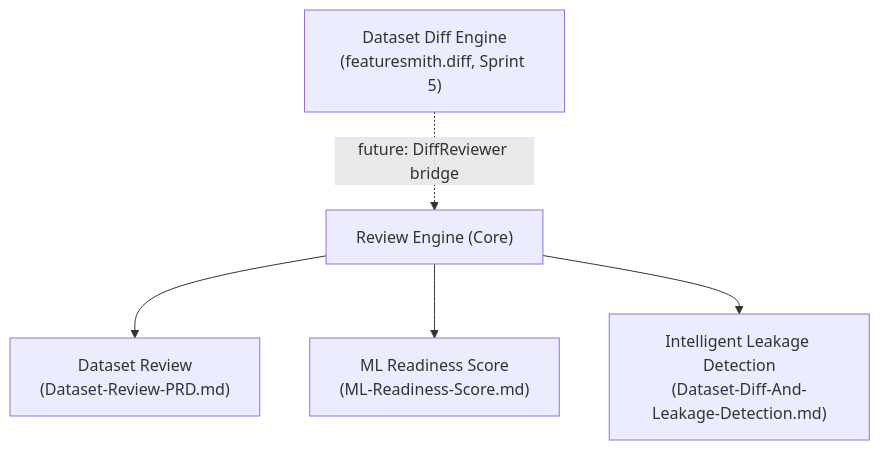
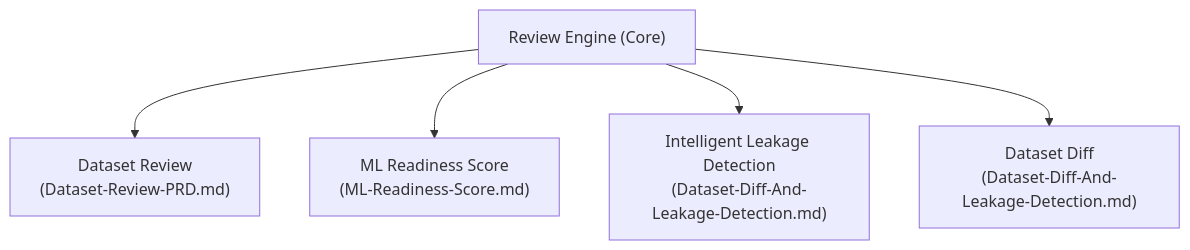
One commit to adityagangwani30/FeatureSmith changed the second of 5 diagrams in docs/features/Review-Engine-Architecture.md. Above: the diagram before and after it, drawn with Mermaid. The commit also changed other lines of this file and 13 other files, not shown here.

Commit message:
docs: synchronize architecture and implementation for v0.2.0

````diff
--- a/docs/features/Review-Engine-Architecture.md
+++ b/docs/features/Review-Engine-Architecture.md
@@ -17,9 +32,8 @@
 ```mermaid
 flowchart TB
     RE["Review Engine (Core)"]
     RE --> DR["Dataset Review\n(Dataset-Review-PRD.md)"]
     RE --> MLR["ML Readiness Score\n(ML-Readiness-Score.md)"]
     RE --> ILD["Intelligent Leakage Detection\n(Dataset-Diff-And-Leakage-Detection.md)"]
-    DE["Dataset Diff Engine\n(featuresmith.diff, Sprint 5)"]
-    DE -.->|"future: DiffReviewer bridge"| RE
+    RE --> DD["Dataset Diff\n(Dataset-Diff-And-Leakage-Detection.md)"]
 ```
````
